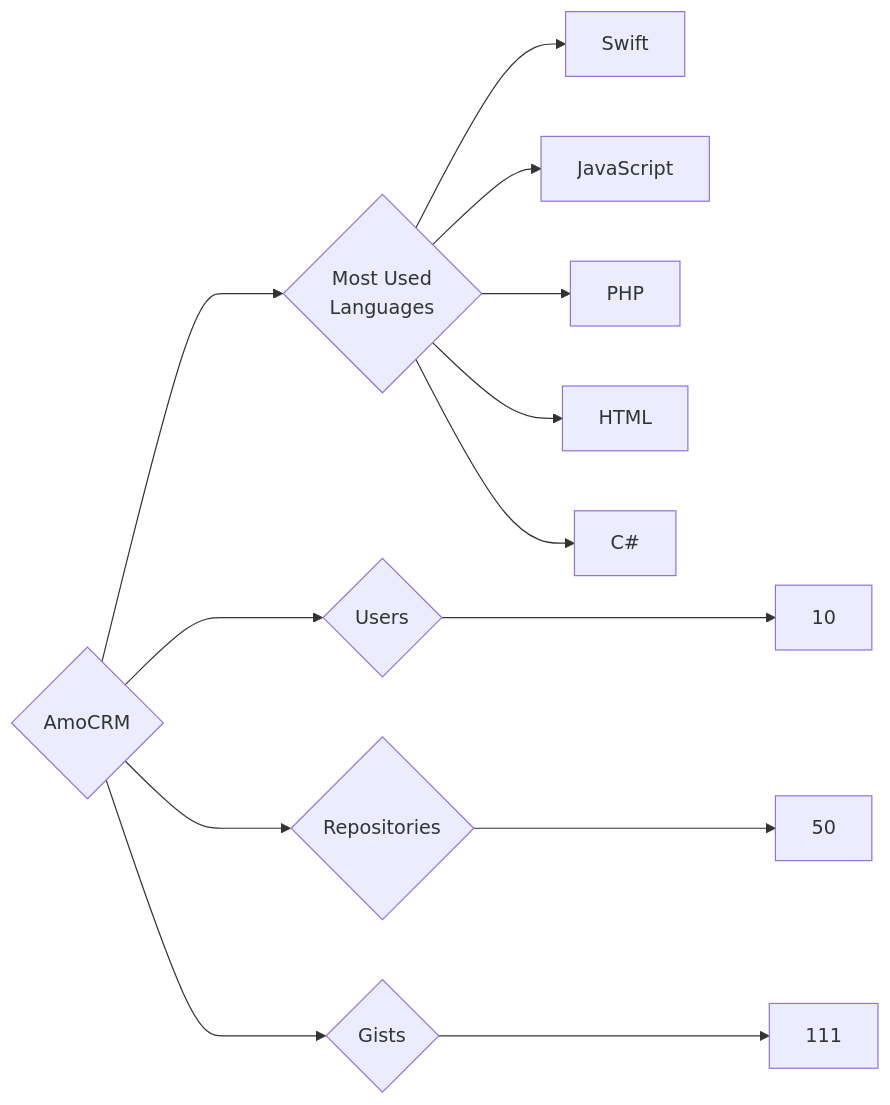
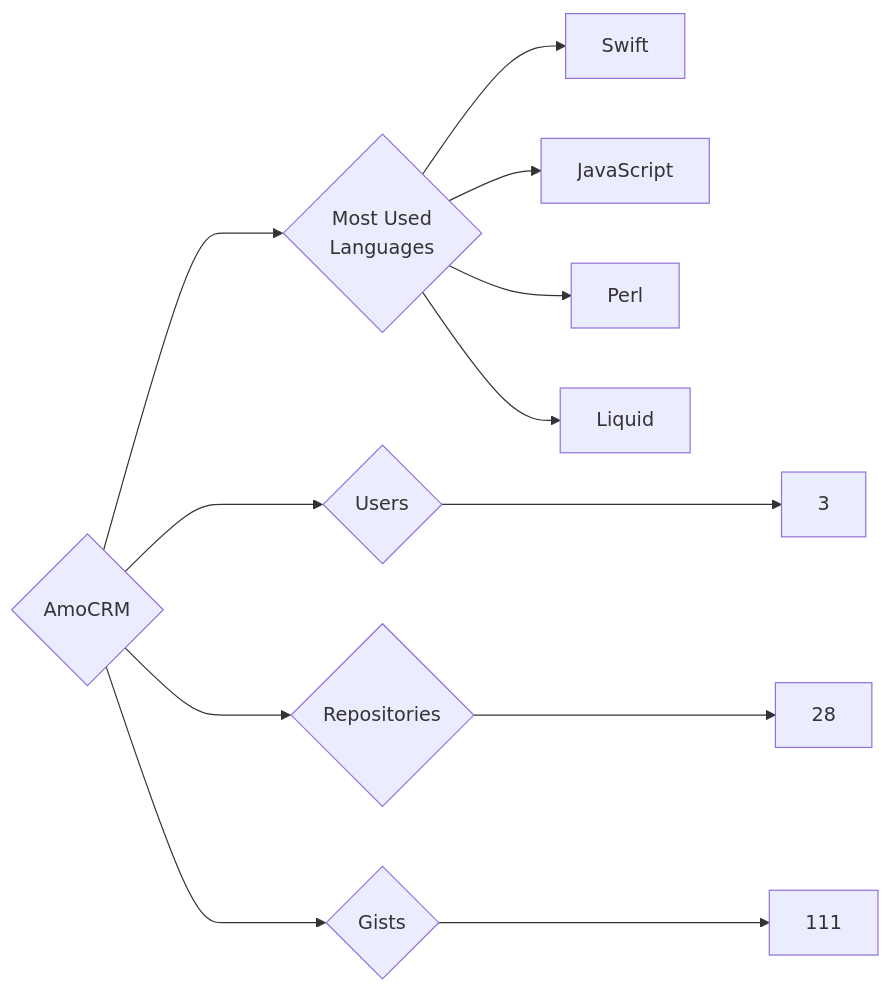
The diagram in targets/AmoCRM/README.md (trickest/insiders), drawn with Mermaid before and after one commit. The commit also changed 900 other files, not shown here.

````diff
--- a/targets/AmoCRM/README.md
+++ b/targets/AmoCRM/README.md
@@ -3,13 +3,12 @@
 ```mermaid
 graph LR
 COMPANY_NAME{AmoCRM}
-COMPANY_NAME ---> U{Users} ---> UN[10]
-COMPANY_NAME ---> R{Repositories} ---> RN[50]
+COMPANY_NAME ---> U{Users} ---> UN[3]
+COMPANY_NAME ---> R{Repositories} ---> RN[28]
 COMPANY_NAME ---> G{Gists} ---> GN[111]
 COMPANY_NAME ---> ML{Most Used<br>Languages}
 ML --> Swift[Swift]
 ML --> JavaScript[JavaScript]
-ML --> PHP[PHP]
-ML --> HTML[HTML]
-ML --> C#[C#]
+ML --> Perl[Perl]
+ML --> Liquid[Liquid]
 ```
````
